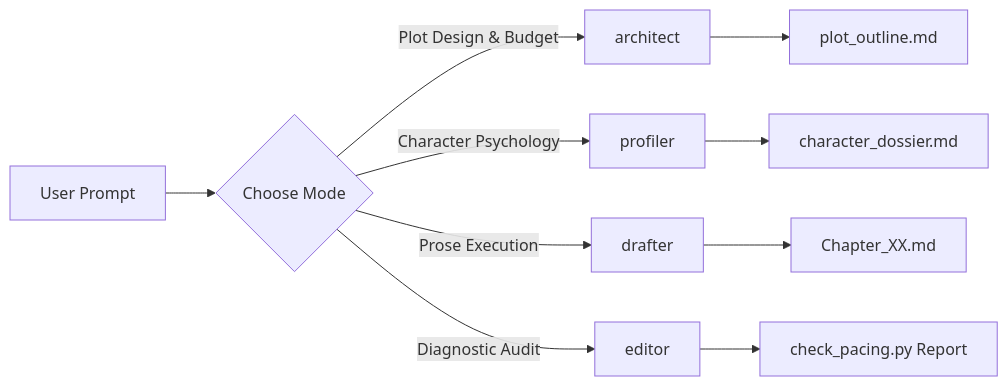
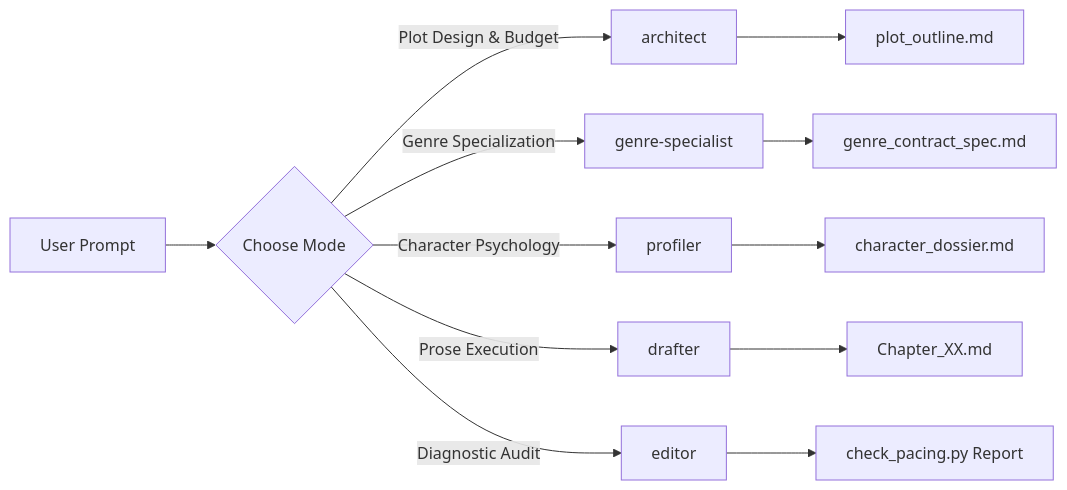
One commit to Rangga11268/novel-writing-craft-skill changed the diagram in README.md. Above: the diagram before and after it, drawn with Mermaid. The commit also changed other lines of this file and 4 other files, not shown here.

````diff
--- a/README.md
+++ b/README.md
@@ -153,13 +139,15 @@
 ```mermaid
 flowchart LR
     A[User Prompt] --> B{Choose Mode}
     B -->|Plot Design & Budget| C[architect]
-    B -->|Character Psychology| D[profiler]
-    B -->|Prose Execution| E[drafter]
-    B -->|Diagnostic Audit| F[editor]
+    B -->|Genre Specialization| D[genre-specialist]
+    B -->|Character Psychology| E[profiler]
+    B -->|Prose Execution| F[drafter]
+    B -->|Diagnostic Audit| G[editor]
 
-    C --> G[plot_outline.md]
-    D --> H[character_dossier.md]
-    E --> I[Chapter_XX.md]
-    F --> J[check_pacing.py Report]
+    C --> H[plot_outline.md]
+    D --> I[genre_contract_spec.md]
+    E --> J[character_dossier.md]
+    F --> K[Chapter_XX.md]
+    G --> L[check_pacing.py Report]
 ```
````
